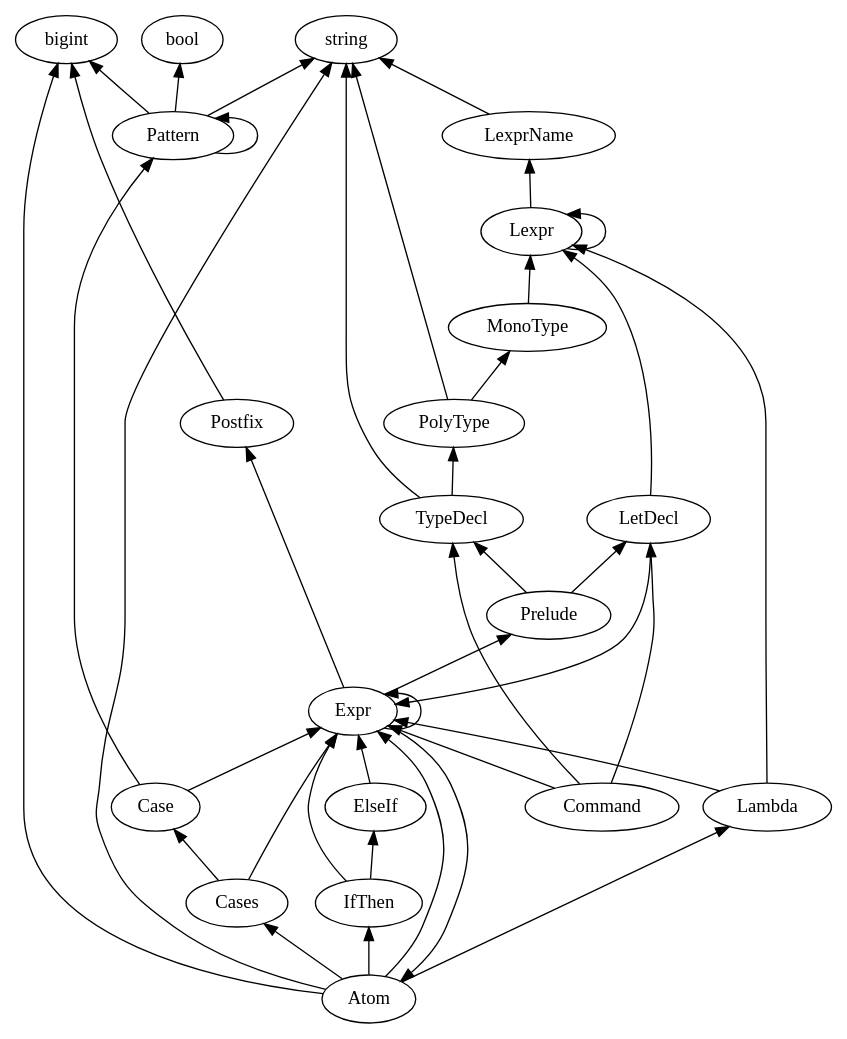
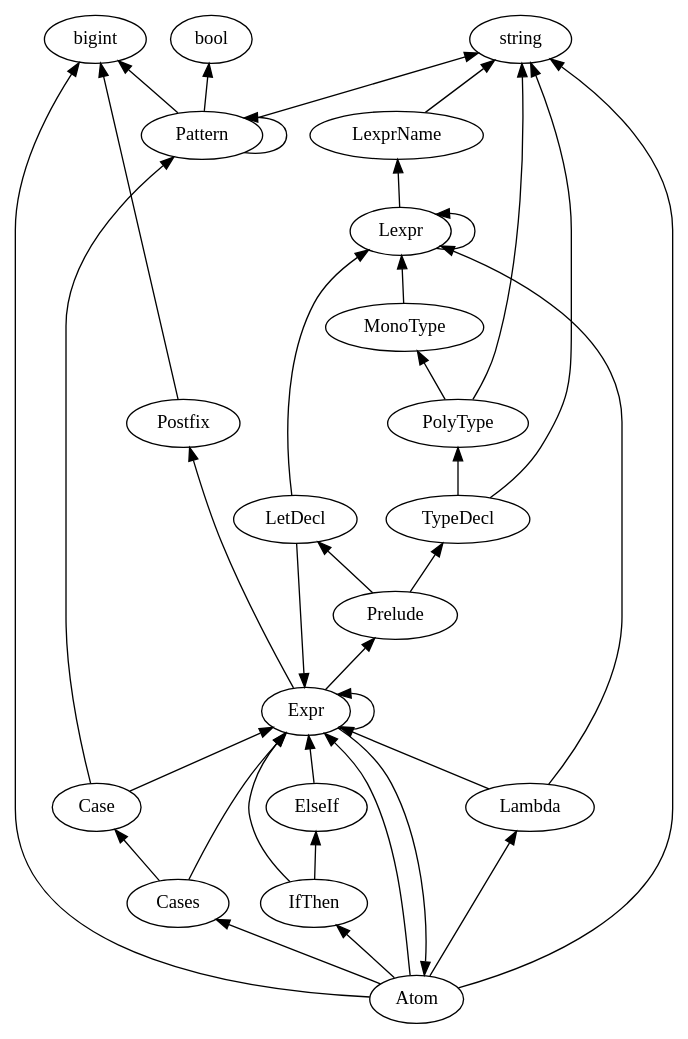
One commit to plutoscarab/Arafel changed the diagram in generated/productions.dot. Above: the diagram before and after it, drawn with Graphviz. The commit also changed 8 other files, not shown here.

```diff
--- a/generated/productions.dot
+++ b/generated/productions.dot
@@ -1,43 +1,40 @@
 digraph G {
     rankdir="BT"
     { rank=same; bool; bigint; string; }
     Atom -> bigint
     Atom -> string
     Atom -> Lambda
     Atom -> Expr
     Atom -> Cases
     Atom -> IfThen
     Case -> Pattern
     Case -> Expr
     Cases -> Expr
     Cases -> Case
-    Command -> TypeDecl
-    Command -> LetDecl
-    Command -> Expr
     ElseIf -> Expr
     Expr -> Prelude
     Expr -> Atom
     Expr -> Expr
     Expr -> Postfix
     IfThen -> Expr
     IfThen -> ElseIf
     Lambda -> Lexpr
     Lambda -> Expr
     LetDecl -> Lexpr
     LetDecl -> Expr
     Lexpr -> LexprName
     Lexpr -> Lexpr
     LexprName -> string
     MonoType -> Lexpr
     Pattern -> string
     Pattern -> Pattern
     Pattern -> bigint
     Pattern -> bool
     PolyType -> string
     PolyType -> MonoType
     Postfix -> bigint
     Prelude -> TypeDecl
     Prelude -> LetDecl
     TypeDecl -> string
     TypeDecl -> PolyType
 }
```
